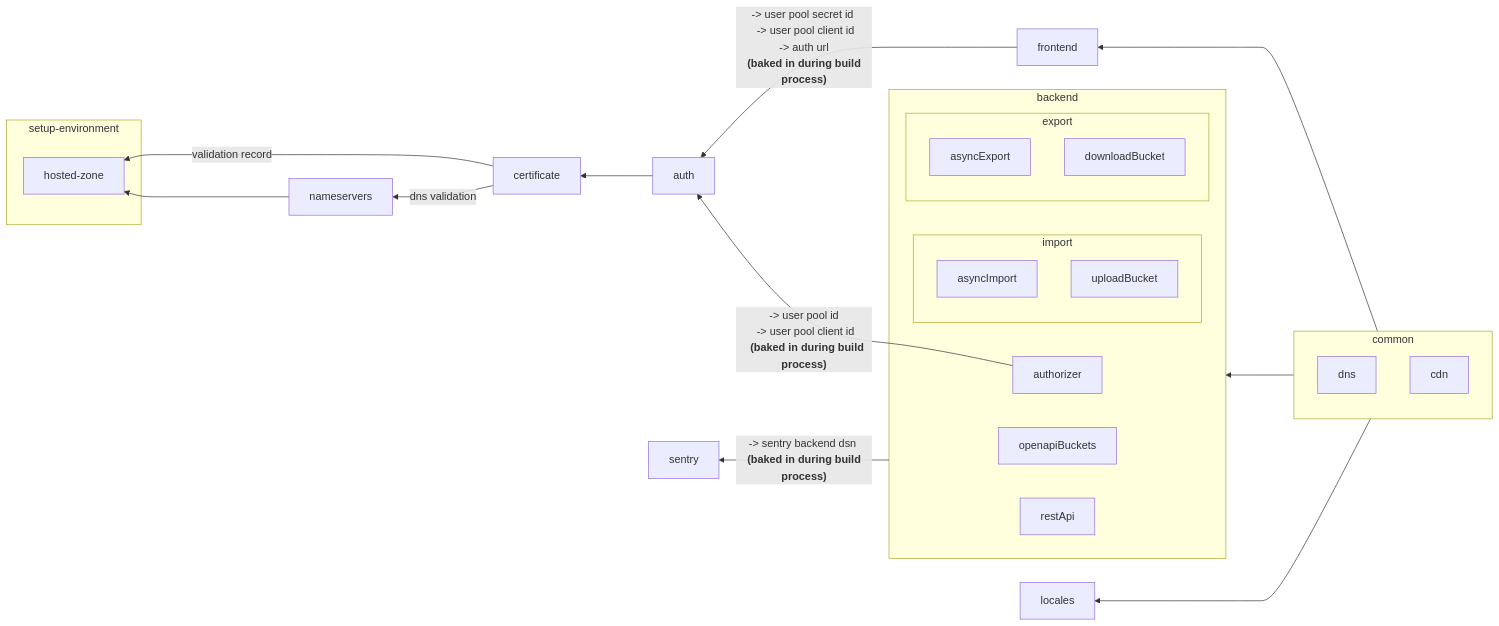
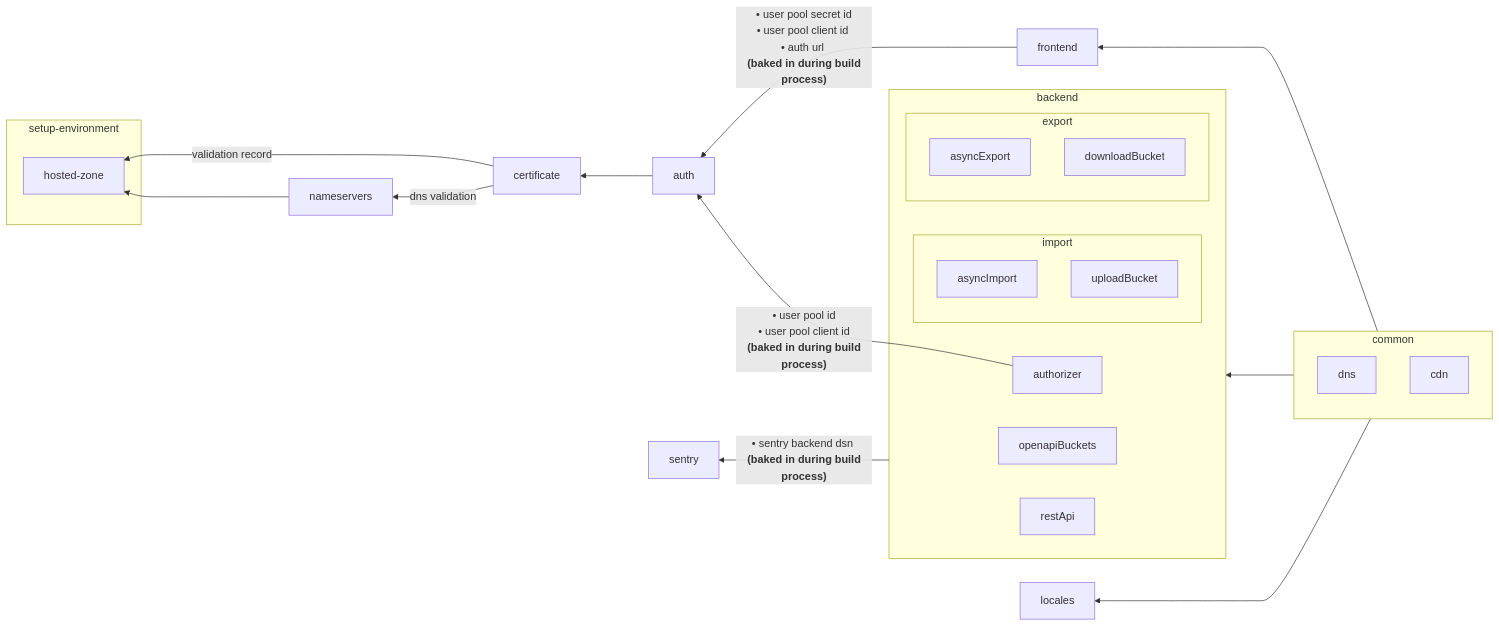
One commit to tabiya-tech/taxonomy-model-application changed the diagram in iac/README.md. Above: the diagram before and after it, drawn with Mermaid.

Commit message:
fix(documentation) - change "->" to "•" in iac readme documentation

````diff
--- a/iac/README.md
+++ b/iac/README.md
@@ -62,41 +62,40 @@
 ```mermaid
 flowchart RL
     subgraph setup-environment
         hosted-zone
     end
 
     subgraph common
         dns
         cdn
     end
     subgraph backend
         subgraph import
             asyncImport
             uploadBucket
         end
         subgraph export
             asyncExport
             downloadBucket
         end
         authorizer
         openapiBuckets
         restApi
     end
 
     common--->frontend;
     common--->backend;
     locales
 
     auth ---> certificate
 
     nameservers ---> hosted-zone
 
     certificate --validation record--> hosted-zone
     certificate --dns validation--> nameservers
 
     common--->locales
-    authorizer--"` -> user pool id</br>  -> user pool client id </br>   **(baked in during build process)**`"-->auth
-    frontend--"`-> user pool secret id </br>  -> user pool client id </br> -> auth url </br> **(baked in during build process)**`"-->auth
-
-    backend --"` -> sentry backend dsn </br> **(baked in during build process)**`"-->sentry
+    authorizer--"`• user pool id</br> • user pool client id </br> **(baked in during build process)**`"-->auth
+    frontend-- "`• user pool secret id</br>• user pool client id </br>• auth url </br> **(baked in during build process)**`"-->auth
+    backend --"`• sentry backend dsn </br> **(baked in during build process)**`"-->sentry
 ```
````
